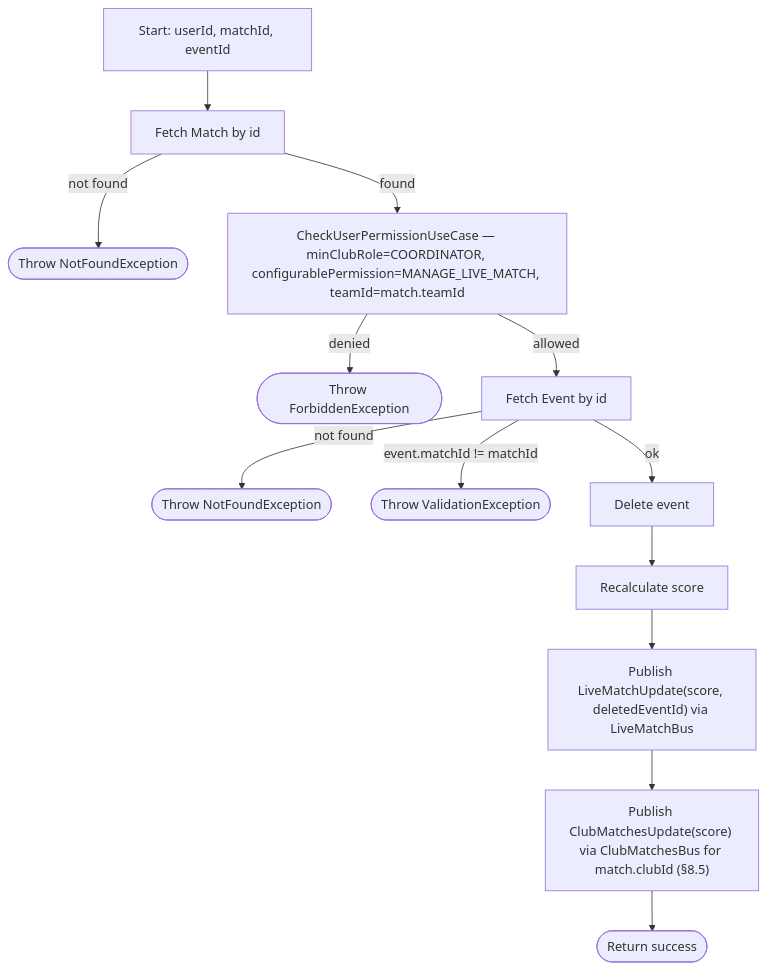
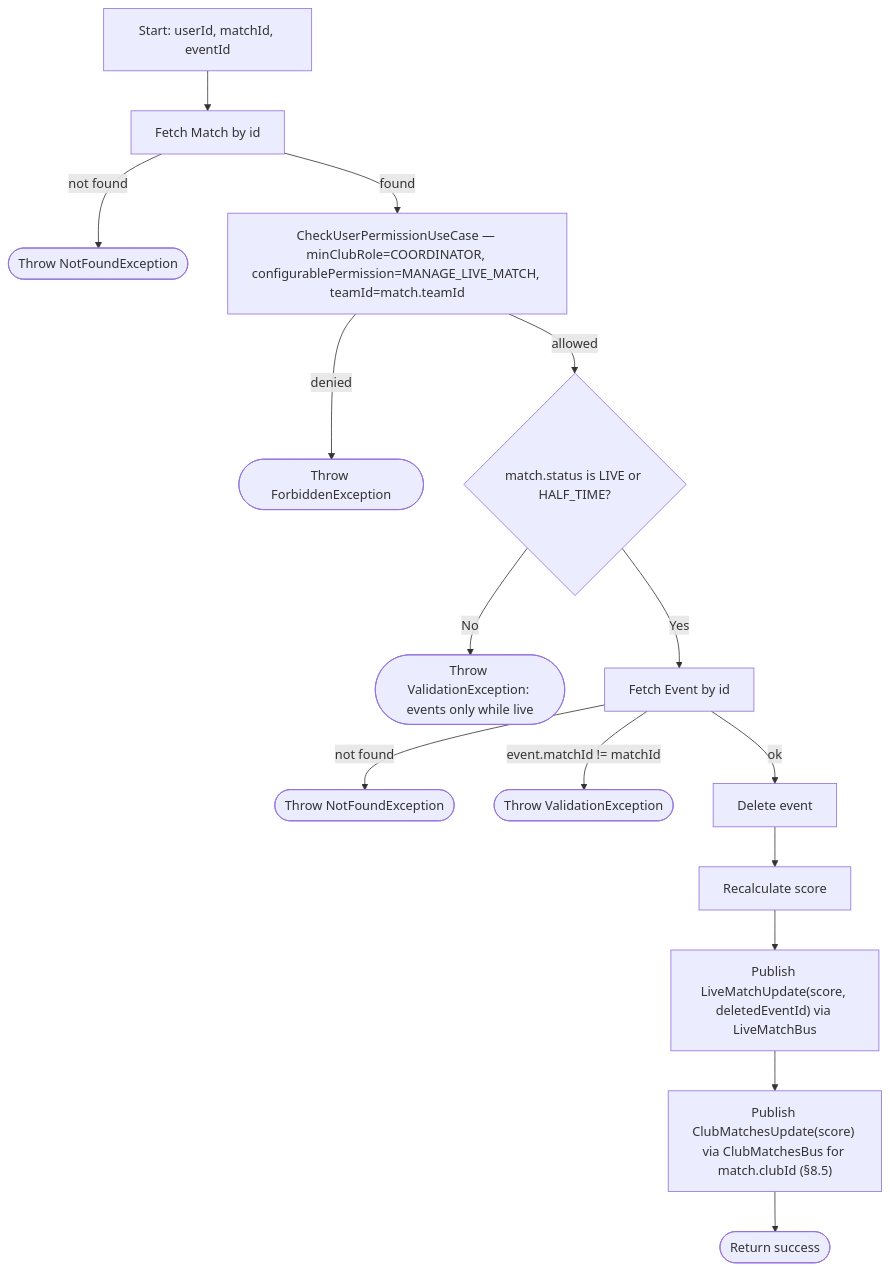
One commit to ricardofrango/squadify changed diagram 45 of 57 in PROCESS_FLOWS.md. Above: the diagram before and after it, drawn with Mermaid. The commit also changed other lines of this file and 4 other files, not shown here.

First line of the commit message:
Only allow match events while a match is live

````diff
--- a/PROCESS_FLOWS.md
+++ b/PROCESS_FLOWS.md
@@ -994,15 +996,17 @@
 ```mermaid
 graph TD
     A[Start: userId, matchId, eventId] --> B[Fetch Match by id]
     B -- not found --> N1(["Throw NotFoundException"])
     B -- found --> C[CheckUserPermissionUseCase — minClubRole=COORDINATOR, configurablePermission=MANAGE_LIVE_MATCH, teamId=match.teamId]
     C -- denied --> F(["Throw ForbiddenException"])
-    C -- allowed --> D[Fetch Event by id]
+    C -- allowed --> LV{"match.status is LIVE or HALF_TIME?"}
+    LV -- No --> VL(["Throw ValidationException: events only while live"])
+    LV -- Yes --> D[Fetch Event by id]
     D -- not found --> N2(["Throw NotFoundException"])
     D -- event.matchId != matchId --> V(["Throw ValidationException"])
     D -- ok --> E[Delete event]
     E --> G[Recalculate score]
     G --> H["Publish LiveMatchUpdate(score, deletedEventId) via LiveMatchBus"]
     H --> H2["Publish ClubMatchesUpdate(score) via ClubMatchesBus for match.clubId (§8.5)"]
     H2 --> Z(["Return success"])
 ```
````
